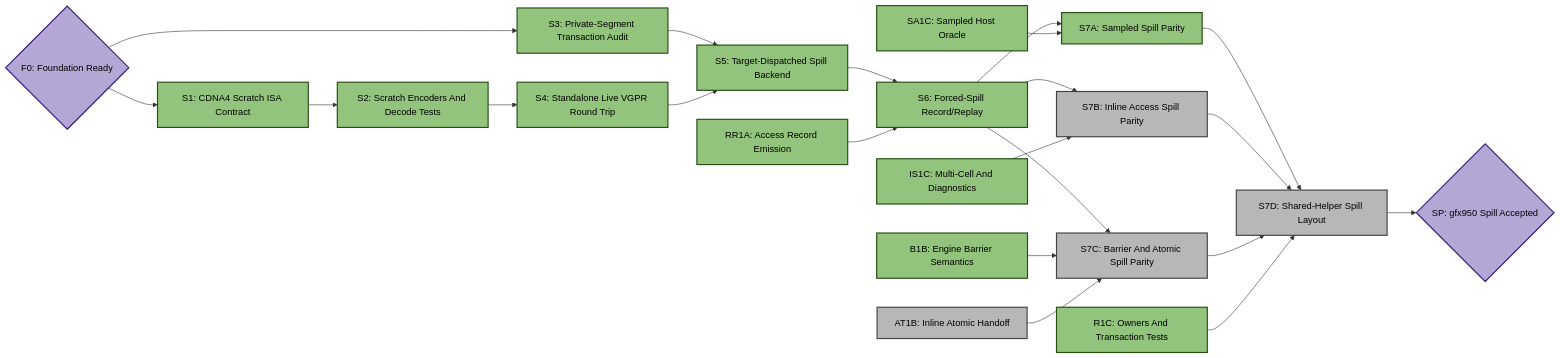
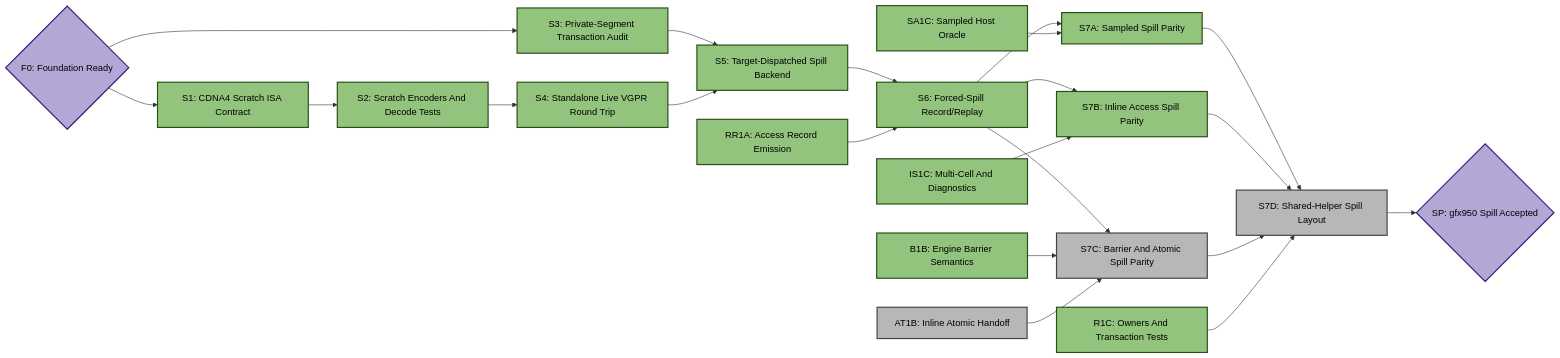
The third of 5 diagrams in emulation/rocjitsu/docs/consan/PLAN_GFX950.md (ROCm/rocm-systems), drawn with Mermaid before and after one commit. The commit also changed other lines of this file and 3 other files, not shown here.

````diff
--- a/emulation/rocjitsu/docs/consan/PLAN_GFX950.md
+++ b/emulation/rocjitsu/docs/consan/PLAN_GFX950.md
@@ -306,47 +310,47 @@
 ```mermaid
 flowchart LR
   F0{"F0: Foundation Ready"}:::target
   S1["S1: CDNA4 Scratch ISA Contract"]:::done
   S2["S2: Scratch Encoders And Decode Tests"]:::done
   S3["S3: Private-Segment Transaction Audit"]:::done
   S4["S4: Standalone Live VGPR Round Trip"]:::done
   S5["S5: Target-Dispatched Spill Backend"]:::done
   RR1A["RR1A: Access Record Emission"]:::done
   S6["S6: Forced-Spill Record/Replay"]:::done
   SA1C["SA1C: Sampled Host Oracle"]:::done
   IS1C["IS1C: Multi-Cell And Diagnostics"]:::done
   B1B["B1B: Engine Barrier Semantics"]:::done
   AT1B["AT1B: Inline Atomic Handoff"]:::todo
   R1C["R1C: Owners And Transaction Tests"]:::done
   S7A["S7A: Sampled Spill Parity"]:::done
-  S7B["S7B: Inline Access Spill Parity"]:::todo
+  S7B["S7B: Inline Access Spill Parity"]:::done
   S7C["S7C: Barrier And Atomic Spill Parity"]:::todo
   S7D["S7D: Shared-Helper Spill Layout"]:::todo
   SP{"SP: gfx950 Spill Accepted"}:::target
 
   F0 --> S1
   F0 --> S3
   S1 --> S2
   S2 --> S4
   S3 --> S5
   S4 --> S5
   S5 --> S6
   RR1A --> S6
   S6 --> S7A
   SA1C --> S7A
   S6 --> S7B
   IS1C --> S7B
   S6 --> S7C
   B1B --> S7C
   AT1B --> S7C
   S7A --> S7D
   S7B --> S7D
   S7C --> S7D
   R1C --> S7D
   S7D --> SP
 
   classDef done fill:#93c47d,stroke:#274e13,stroke-width:2px,color:#000;
   classDef active fill:#f6b26b,stroke:#783f04,stroke-width:2px,color:#000;
   classDef todo fill:#b7b7b7,stroke:#434343,stroke-width:2px,color:#000;
   classDef target fill:#b4a7d6,stroke:#351c75,stroke-width:2px,color:#000;
 ```
````
